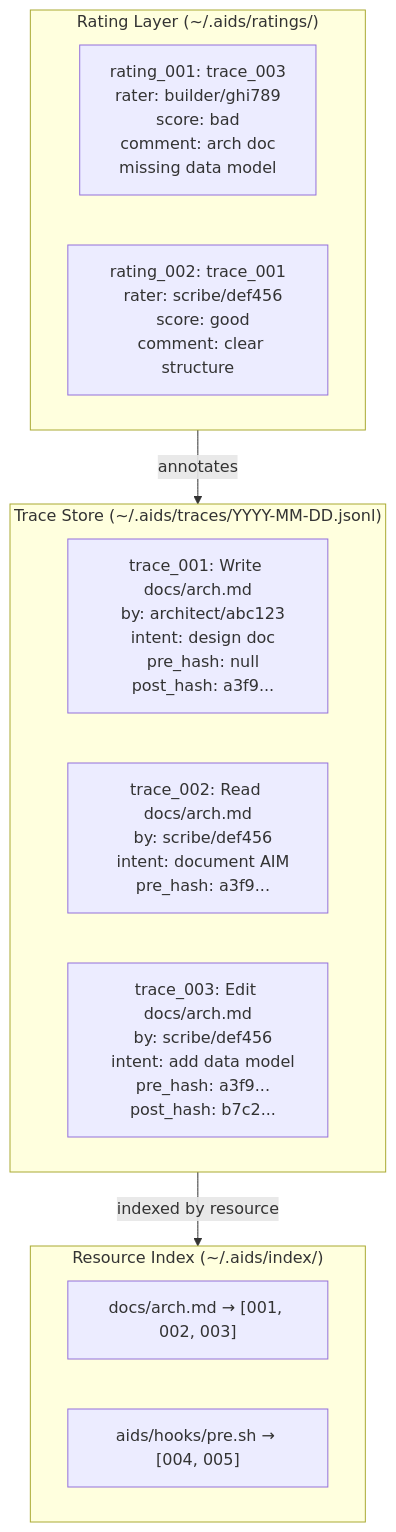
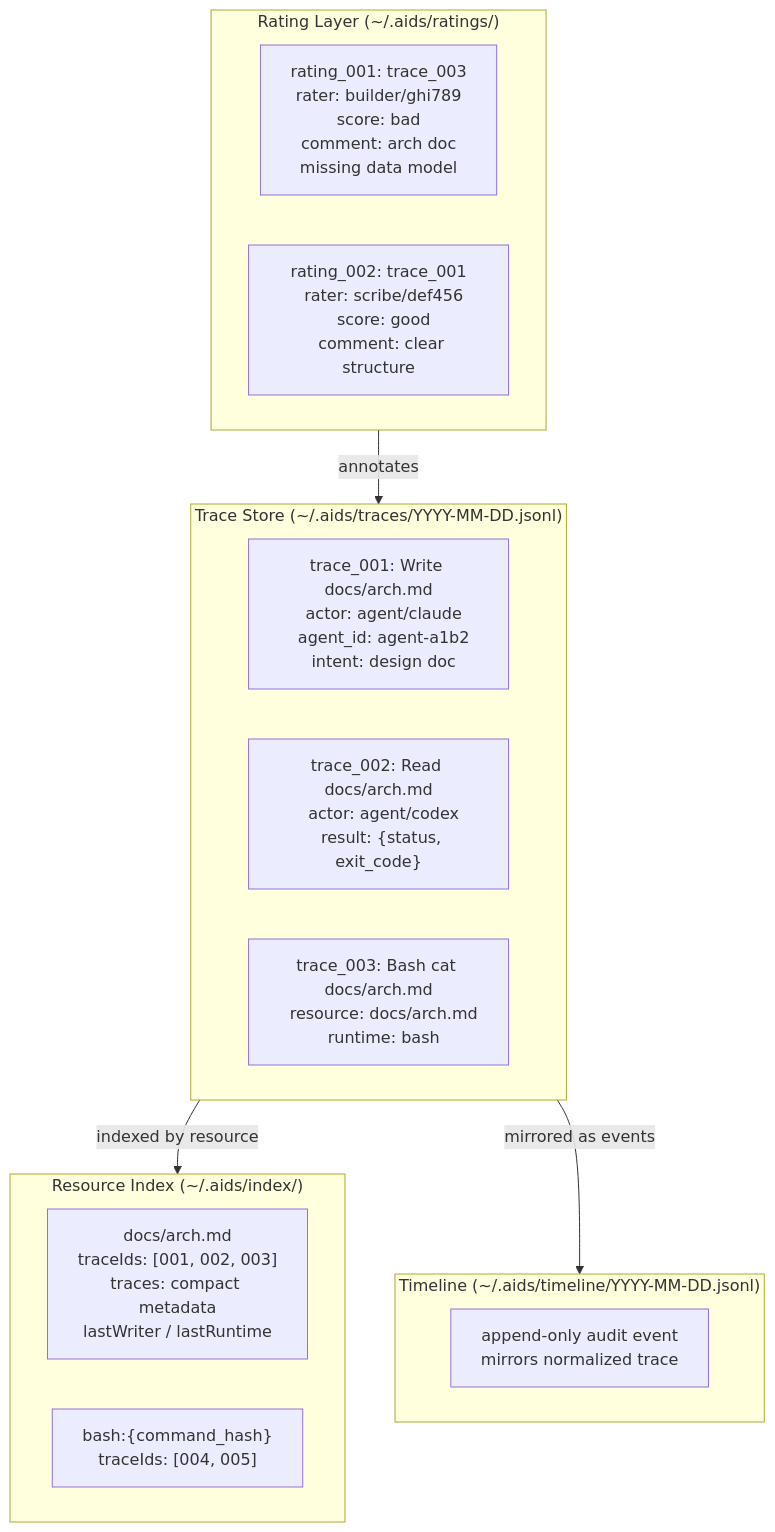
Before and after one commit to Shiyao-Huang/aids-tools: the fourth of 6 diagrams in docs/architecture.md, drawn with Mermaid. The commit also changed other lines of this file, not shown here.

Commit message:
docs: apply Legion7 architecture update

````diff
--- a/docs/architecture.md
+++ b/docs/architecture.md
@@ -137,21 +149,26 @@
 ```mermaid
 graph TB
     subgraph TraceStore["Trace Store (~/.aids/traces/YYYY-MM-DD.jsonl)"]
-        T1["trace_001: Write docs/arch.md\n  by: architect/abc123\n  intent: design doc\n  pre_hash: null\n  post_hash: a3f9..."]
-        T2["trace_002: Read docs/arch.md\n  by: scribe/def456\n  intent: document AIM\n  pre_hash: a3f9..."]
-        T3["trace_003: Edit docs/arch.md\n  by: scribe/def456\n  intent: add data model\n  pre_hash: a3f9...\n  post_hash: b7c2..."]
+        T1["trace_001: Write docs/arch.md\n  actor: agent/claude\n  agent_id: agent-a1b2\n  intent: design doc"]
+        T2["trace_002: Read docs/arch.md\n  actor: agent/codex\n  result: {status, exit_code}"]
+        T3["trace_003: Bash cat docs/arch.md\n  resource: docs/arch.md\n  runtime: bash"]
     end
 
     subgraph Index["Resource Index (~/.aids/index/)"]
-        I1["docs/arch.md → [001, 002, 003]"]
-        I2["aids/hooks/pre.sh → [004, 005]"]
+        I1["docs/arch.md\ntraceIds: [001, 002, 003]\ntraces: compact metadata\nlastWriter / lastRuntime"]
+        I2["bash:{command_hash}\ntraceIds: [004, 005]"]
+    end
+
+    subgraph Timeline["Timeline (~/.aids/timeline/YYYY-MM-DD.jsonl)"]
+        TL1["append-only audit event\nmirrors normalized trace"]
     end
 
     subgraph RatingLayer["Rating Layer (~/.aids/ratings/)"]
         R1["rating_001: trace_003\n  rater: builder/ghi789\n  score: bad\n  comment: arch doc\n  missing data model"]
         R2["rating_002: trace_001\n  rater: scribe/def456\n  score: good\n  comment: clear structure"]
     end
 
     TraceStore -->|"indexed by resource"| Index
+    TraceStore -->|"mirrored as events"| Timeline
     RatingLayer -->|"annotates"| TraceStore
 ```
````
